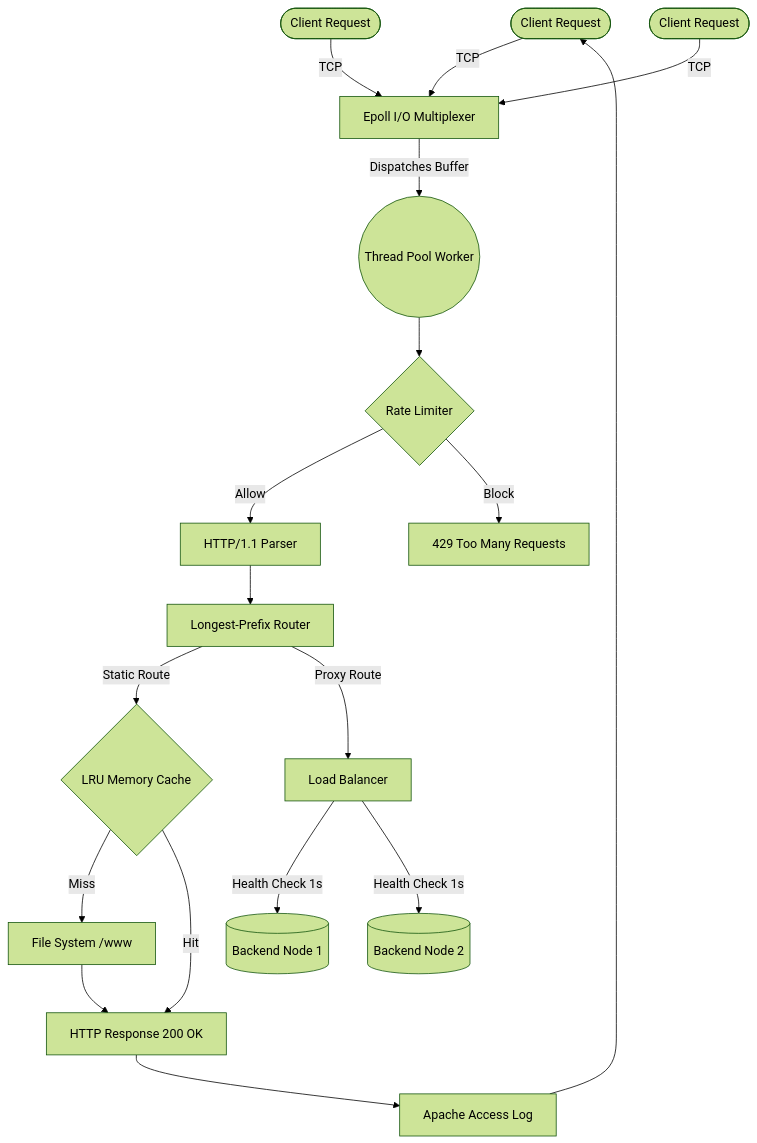
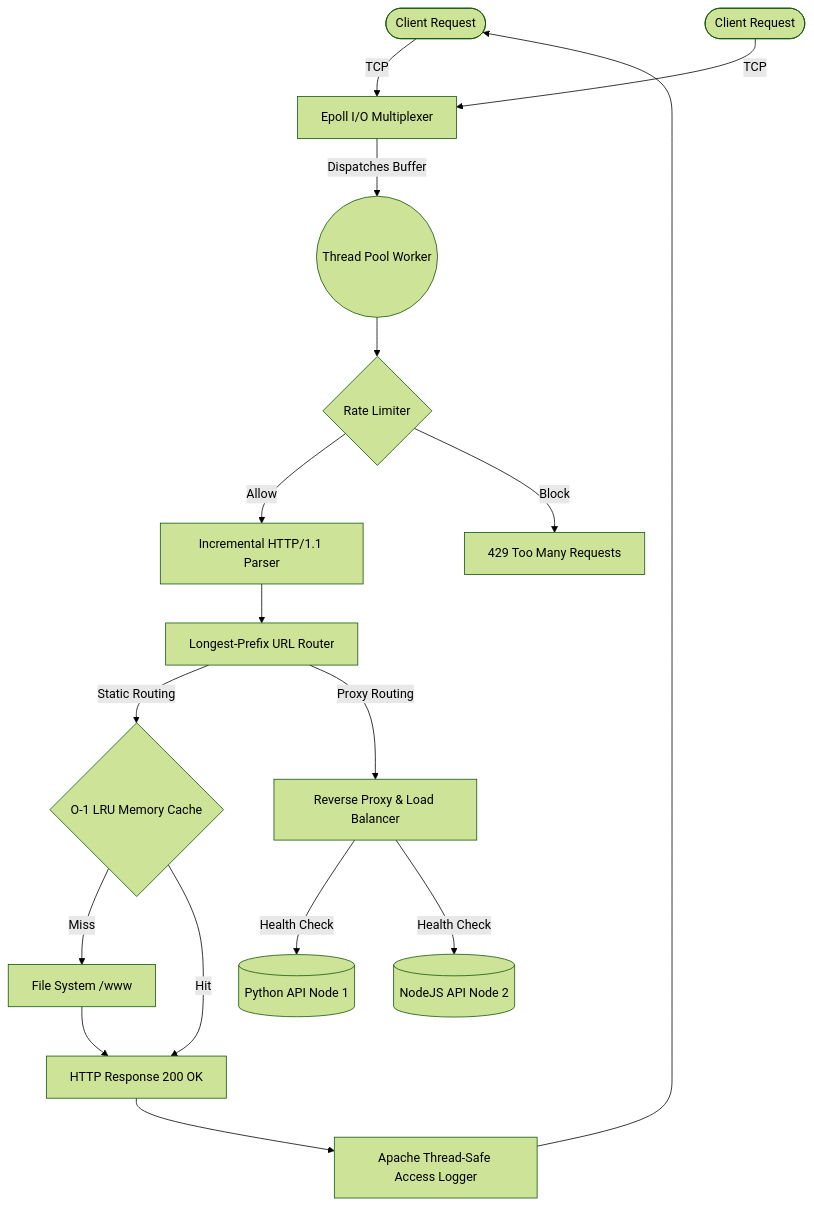
Before and after one commit to abhinavrathee/VeloxServe: the diagram in README.md, drawn with Mermaid (forest theme). The commit also changed other lines of this file, not shown here.

Commit message:
docs(readme): extensively document system architecture and advanced features

````diff
--- a/README.md
+++ b/README.md
@@ -32,26 +51,25 @@
 ```mermaid
 graph TD
     Client1([Client Request]) -->|TCP| Epoll[Epoll I/O Multiplexer]
     Client2([Client Request]) -->|TCP| Epoll
-    Client3([Client Request]) -->|TCP| Epoll
     
     Epoll -->|Dispatches Buffer| ThreadPool((Thread Pool Worker))
     
     ThreadPool --> RateLimiter{Rate Limiter}
-    RateLimiter -->|Allow| Parser[HTTP/1.1 Parser]
+    RateLimiter -->|Allow| Parser[Incremental HTTP/1.1 Parser]
     RateLimiter -->|Block| Blocked[429 Too Many Requests]
     
-    Parser --> Router[Longest-Prefix Router]
+    Parser --> Router[Longest-Prefix URL Router]
     
-    Router -->|Static Route| Cache{LRU Memory Cache}
+    Router -->|Static Routing| Cache{O-1 LRU Memory Cache}
     Cache -->|Miss| FS[File System /www]
     Cache -->|Hit| Response[HTTP Response 200 OK]
     FS --> Response
     
-    Router -->|Proxy Route| LB[Load Balancer]
-    LB -->|Health Check 1s| Backend1[(Backend Node 1)]
-    LB -->|Health Check 1s| Backend2[(Backend Node 2)]
+    Router -->|Proxy Routing| LB[Reverse Proxy & Load Balancer]
+    LB -->|Health Check| Backend1[(Python API Node 1)]
+    LB -->|Health Check| Backend2[(NodeJS API Node 2)]
     
-    Response --> Logger[Apache Access Log]
+    Response --> Logger[Apache Thread-Safe Access Logger]
     Logger --> Client1
 ```
````
